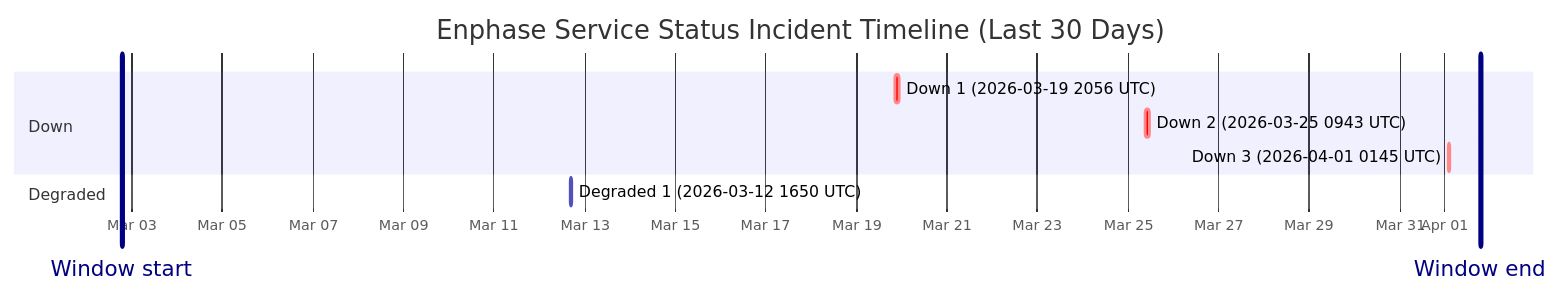
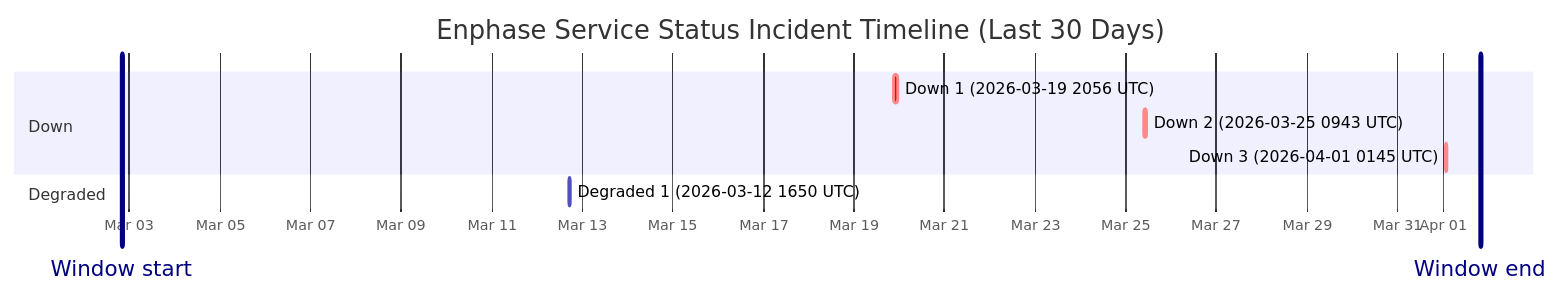
The diagram in wiki/Service-Status-History.md (barneyonline/ha-enphase-ev-charger), drawn with Mermaid before and after one commit. The commit also changed other lines of this file and 3 other files, not shown here.

````diff
--- a/wiki/Service-Status-History.md
+++ b/wiki/Service-Status-History.md
@@ -14,14 +14,14 @@
 ```mermaid
 gantt
     title Enphase Service Status Incident Timeline (Last 30 Days)
     dateFormat  YYYY-MM-DDTHH:mm:ss
     axisFormat  %b %d
-    Window start :vert, window-start, 2026-03-02T18:47:14, 0ms
-    Window end :vert, window-end, 2026-04-01T18:47:14, 0ms
+    Window start :vert, window-start, 2026-03-02T19:52:35, 0ms
+    Window end :vert, window-end, 2026-04-01T19:52:35, 0ms
     section Down
     Down 1 (2026-03-19 2056 UTC) :crit, down-1, 2026-03-19T20:56:20, 145m
     Down 2 (2026-03-25 0943 UTC) :crit, down-2, 2026-03-25T09:43:28, 111m
     Down 3 (2026-04-01 0145 UTC) :crit, down-3, 2026-04-01T01:45:09, 60m
     section Degraded
     Degraded 1 (2026-03-12 1650 UTC) :active, degraded-1, 2026-03-12T16:50:43, 60m
 ```
````
